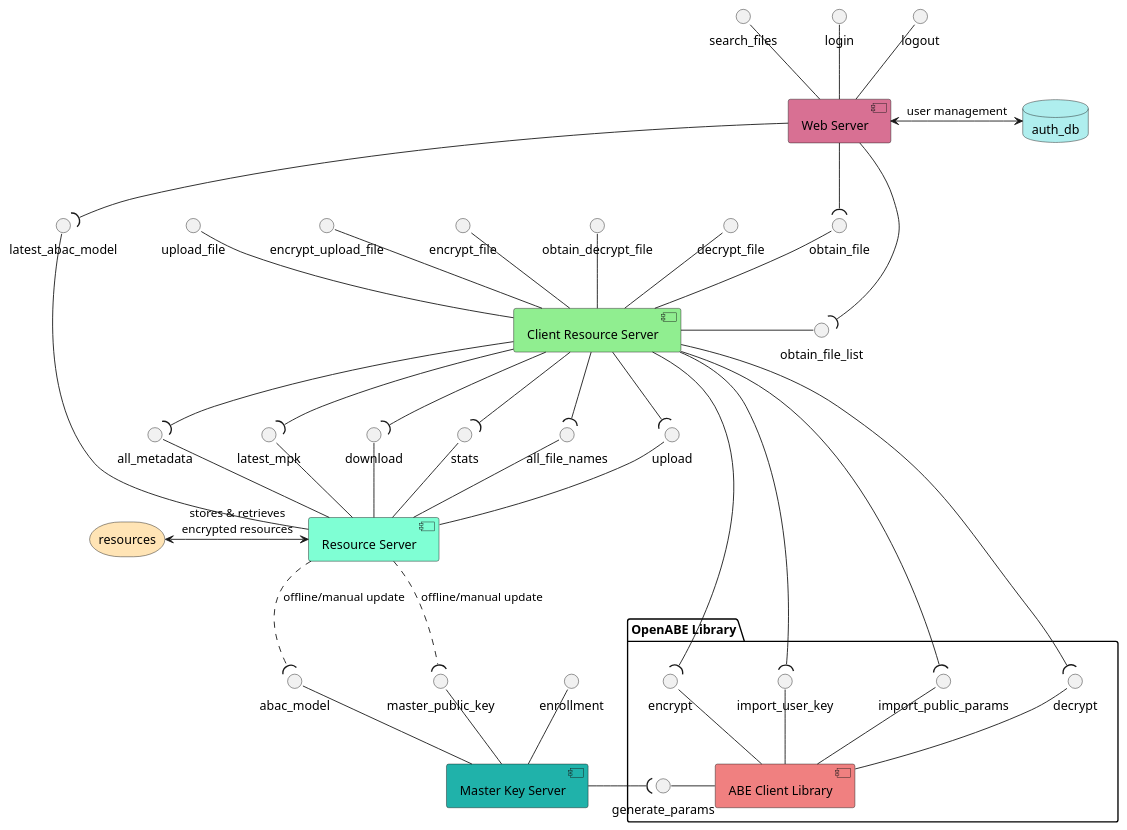
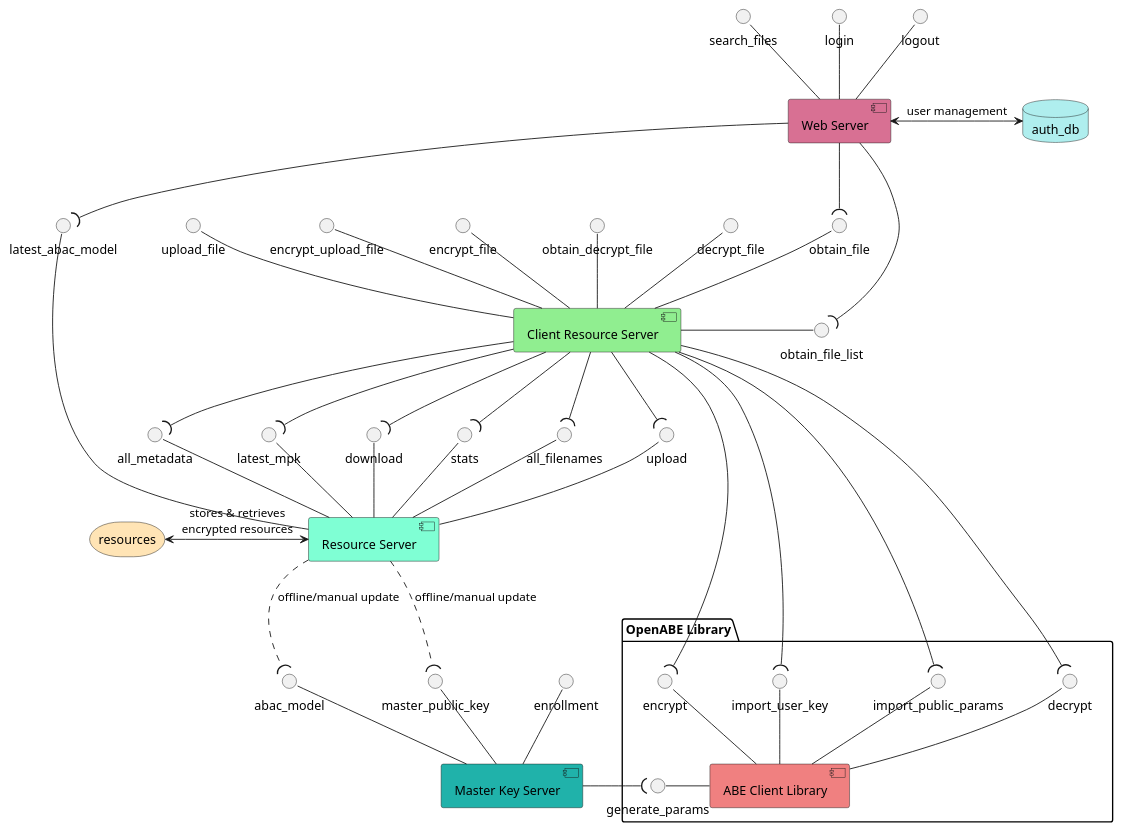
Before and after one commit to 2190594W/l4-project-research: the diagram in diagrams/infrastructure/system_architecture.plantuml, drawn with PlantUML. The commit also changed 2 other files, not shown here.

```diff
--- a/diagrams/infrastructure/system_architecture.plantuml
+++ b/diagrams/infrastructure/system_architecture.plantuml
@@ -1,69 +1,69 @@
 @startuml
 'define deployment entities
 database auth_db #PaleTurquoise
 storage resources #Moccasin
 
 'define components
 component [Resource Server] as rs #Aquamarine
 component [Web Server] as ws #PaleVioletRed
 component [Master Key Server] as mks #LightSeaGreen
 component [Client Resource Server] as crs #LightGreen
 
 package "OpenABE Library" {
   component [ABE Client Library] as abecl #LightCoral
   import_public_params -- abecl
   decrypt -- abecl
   encrypt -- abecl
   import_user_key -- abecl
   generate_params -right- abecl
 }
 
 'define links to deployment entities
 rs <-left-> resources: "stores & retrieves\nencrypted resources"
 ws <-right-> auth_db: "user management"
 
 'define interfaces for mks, rs & abecl
 abac_model -- mks
 enrollment -- mks
 master_public_key -- mks
 upload -- rs
 download -- rs
 stats -- rs
-all_file_names -- rs
+all_filenames -- rs
 all_metadata -- rs
 latest_mpk -- rs
 latest_abac_model -- rs
 
 'define use of interfaces for crs, mks & rs
 mks -right-( generate_params
 crs -down-( upload
 crs -down-( download
 crs -down-( stats
-crs -down-( all_file_names
+crs -down-( all_filenames
 crs -down-( all_metadata
 crs -down-( latest_mpk
 crs -down-( decrypt
 crs -down-( encrypt
 crs -down-( import_user_key
 crs -down-( import_public_params
 rs ..( abac_model: "offline/manual update"
 rs ..( master_public_key: "offline/manual update"
 
 'define interfaces for crs & ws
 obtain_file_list -left- crs
 upload_file -- crs
 encrypt_upload_file -- crs
 encrypt_file -- crs
 obtain_file -- crs
 obtain_decrypt_file -- crs
 decrypt_file -- crs
 search_files -- ws
 login -- ws
 logout -- ws
 
 'define web server interface use
 ws -down-( obtain_file_list
 ws -down-( obtain_file
 ws -down-( latest_abac_model
 
 @enduml
```
